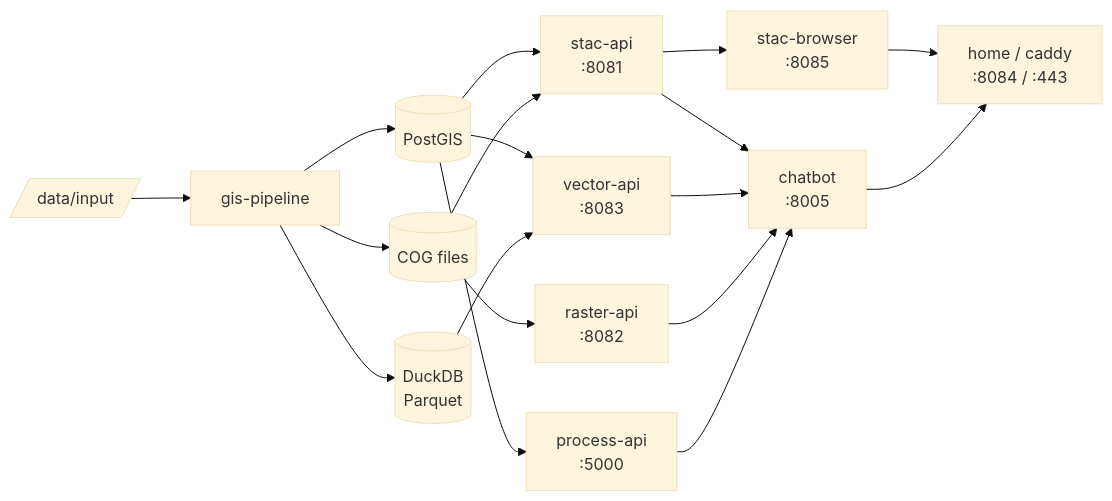
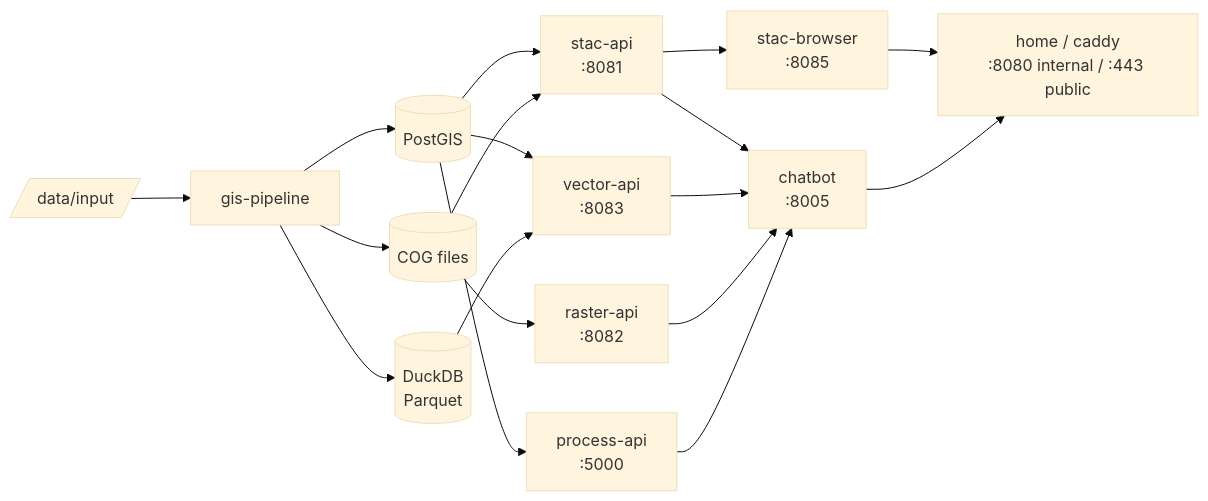
Before and after one commit to jeremie-durand/Agri-SDSS: the diagram in docs/ARCHITECTURE.md, drawn with Mermaid (base theme). The commit also changed other lines of this file, not shown here.

Commit message:
docs: update architecture documentation to clarify home service details and STAC asset hrefs

````diff
--- a/docs/ARCHITECTURE.md
+++ b/docs/ARCHITECTURE.md
@@ -7,25 +7,25 @@
 ```mermaid
 flowchart LR
     IN[/data/input/] --> GP[gis-pipeline]
 
     GP --> PG[(PostGIS)]
     GP --> COG[(COG files)]
     GP --> DK[(DuckDB\nParquet)]
 
     PG --> STAC[stac-api\n:8081]
     PG --> VEC[vector-api\n:8083]
     COG --> RAST[raster-api\n:8082]
     COG --> STAC
 
     DK --> VEC
     PG --> PYGE[process-api\n:5000]
 
     STAC --> SB[stac-browser\n:8085]
     STAC --> CHAT[chatbot\n:8005]
     VEC --> CHAT
     RAST --> CHAT
     PYGE --> CHAT
 
-    SB --> HOME[home / caddy\n:8084 / :443]
+    SB --> HOME[home / caddy\n:8080 internal / :443 public]
     CHAT --> HOME
 ```
````
